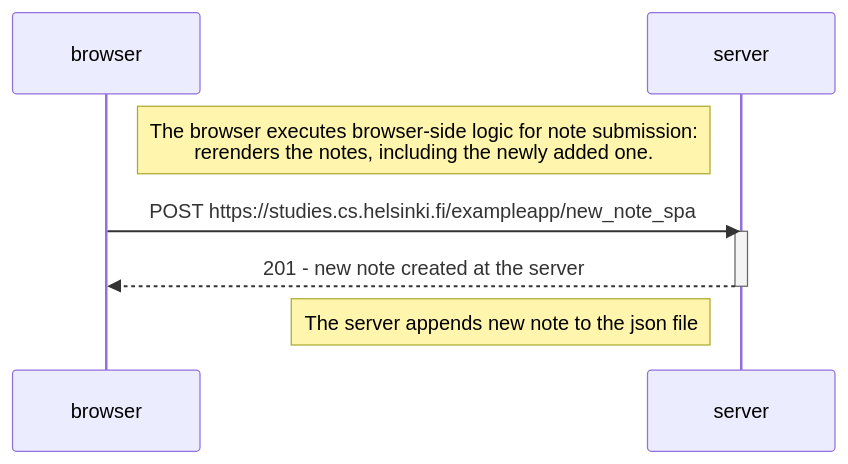
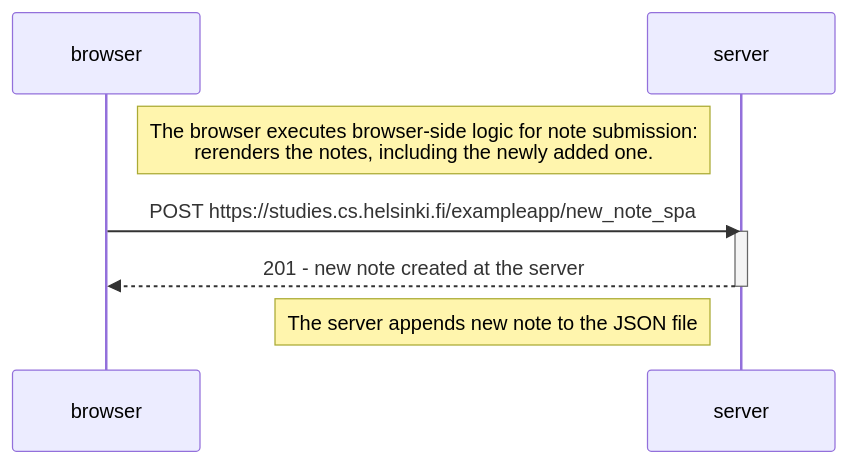
One commit to MusaToTheMoon/fullstackopen_exercises changed the diagram in path0/ex0-6.md. Above: the diagram before and after it, drawn with Mermaid.

Commit message:
Update ex0-6.md
capitalized JSON in the mermaid code

````diff
--- a/path0/ex0-6.md
+++ b/path0/ex0-6.md
@@ -1,14 +1,14 @@
 ```mermaid
 sequenceDiagram
     participant browser
     participant server
 
     Note right of browser: The browser executes browser-side logic for note submission: <br/>rerenders the notes, including the newly added one. 
 
     browser->>server: POST https://studies.cs.helsinki.fi/exampleapp/new_note_spa
     activate server
     server-->>browser: 201 - new note created at the server
     deactivate server
 
-    Note left of server: The server appends new note to the json file
+    Note left of server: The server appends new note to the JSON file
 ```
````
